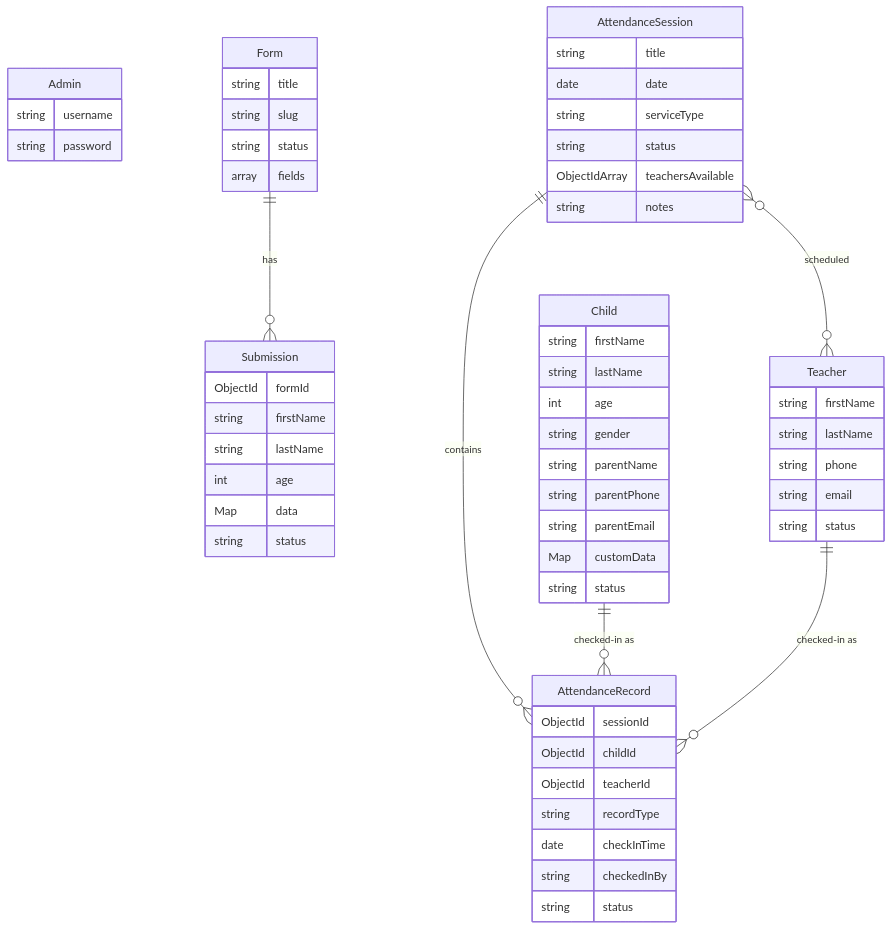
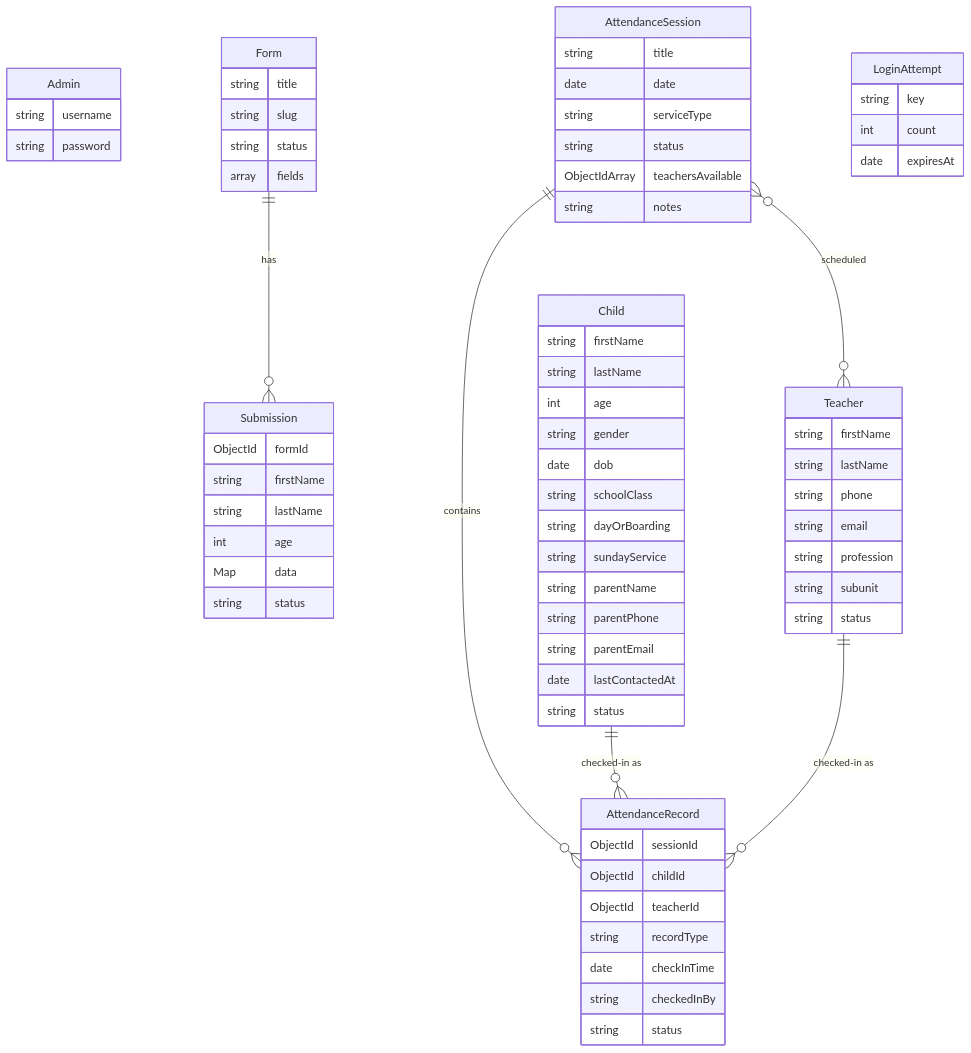
The diagram in README.md (Temi-Michael/tcn-lekki-jc), drawn with Mermaid before and after one commit. The commit also changed other lines of this file and 6 other files, not shown here.

First line of the commit message:
feat(attendance): add Sunday-based reporting with per-service and distinct rollups

````diff
--- a/README.md
+++ b/README.md
@@ -53,62 +72,73 @@
 ```mermaid
 erDiagram
     Admin {
         string username
         string password
     }
     Form {
         string title
         string slug
         string status
         array fields
     }
     Submission {
         ObjectId formId
         string firstName
         string lastName
         int age
         Map data
         string status
     }
     Child {
         string firstName
         string lastName
         int age
         string gender
+        date dob
+        string schoolClass
+        string dayOrBoarding
+        string sundayService
         string parentName
         string parentPhone
         string parentEmail
-        Map customData
+        date lastContactedAt
         string status
     }
     Teacher {
         string firstName
         string lastName
         string phone
         string email
+        string profession
+        string subunit
         string status
     }
     AttendanceSession {
         string title
         date date
         string serviceType
         string status
         ObjectIdArray teachersAvailable
         string notes
     }
     AttendanceRecord {
         ObjectId sessionId
         ObjectId childId
         ObjectId teacherId
         string recordType
         date checkInTime
         string checkedInBy
         string status
     }
+    LoginAttempt {
+        string key
+        int count
+        date expiresAt
+    }
 
     Form ||--o{ Submission : "has"
     AttendanceSession ||--o{ AttendanceRecord : "contains"
     Child ||--o{ AttendanceRecord : "checked-in as"
     Teacher ||--o{ AttendanceRecord : "checked-in as"
     AttendanceSession }o--o{ Teacher : "scheduled"
 ```
````
